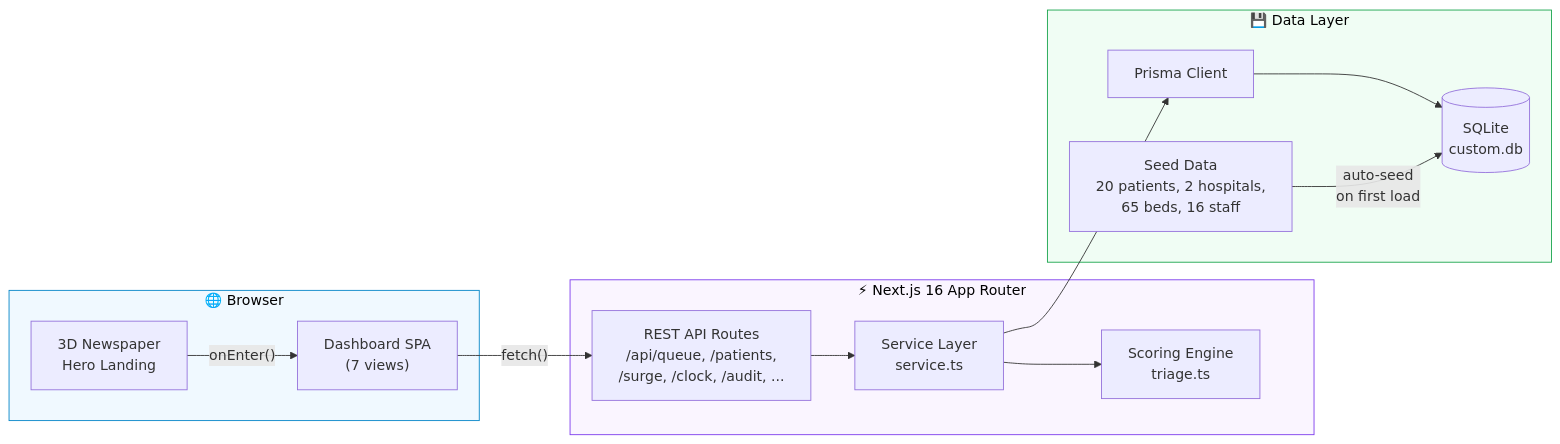
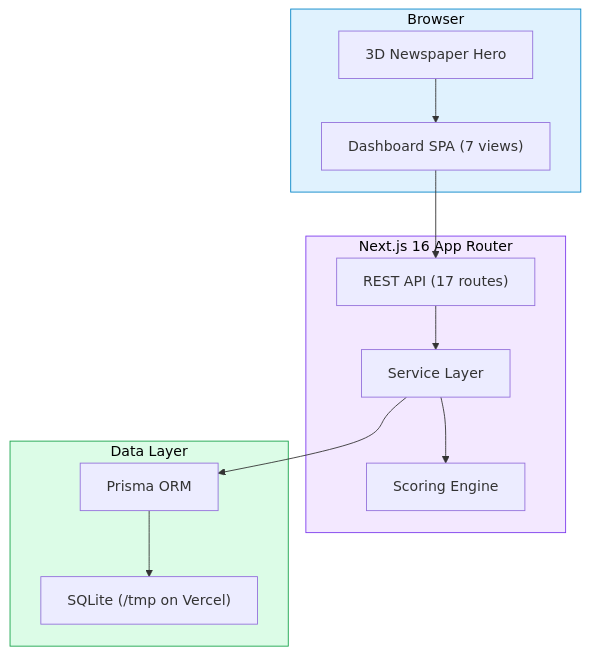
Before and after one commit to HarshvardhanJ/TriageSetu: the first of 3 diagrams in README.md, drawn with Mermaid. The commit also changed other lines of this file, not shown here.

````diff
--- a/README.md
+++ b/README.md
@@ -137,31 +64,29 @@
 ```mermaid
-flowchart LR
-    subgraph Browser["🌐 Browser"]
-        HeroLanding["3D Newspaper<br/>Hero Landing"]
-        Dashboard["Dashboard SPA<br/>(7 views)"]
+flowchart TB
+    subgraph Browser["Browser"]
+        Hero["3D Newspaper Hero"]
+        Dashboard["Dashboard SPA (7 views)"]
     end
 
-    subgraph NextJS["⚡ Next.js 16 App Router"]
-        APIRoutes["REST API Routes<br/>/api/queue, /patients,<br/>/surge, /clock, /audit, ..."]
-        ServiceLayer["Service Layer<br/>service.ts"]
-        ScoringEngine["Scoring Engine<br/>triage.ts"]
+    subgraph NextJS["Next.js 16 App Router"]
+        API["REST API (17 routes)"]
+        Service["Service Layer"]
+        Scoring["Scoring Engine"]
     end
 
-    subgraph Data["💾 Data Layer"]
-        Prisma["Prisma Client"]
-        SQLite[("SQLite<br/>custom.db")]
-        SeedData["Seed Data<br/>20 patients, 2 hospitals,<br/>65 beds, 16 staff"]
+    subgraph Data["Data Layer"]
+        Prisma["Prisma ORM"]
+        SQLite["SQLite (/tmp on Vercel)"]
     end
 
-    HeroLanding -->|"onEnter()"| Dashboard
-    Dashboard -->|"fetch()"| APIRoutes
-    APIRoutes --> ServiceLayer
-    ServiceLayer --> ScoringEngine
-    ServiceLayer --> Prisma
+    Hero --> Dashboard
+    Dashboard --> API
+    API --> Service
+    Service --> Scoring
+    Service --> Prisma
     Prisma --> SQLite
-    SeedData -->|"auto-seed<br/>on first load"| SQLite
 
-    style Browser fill:#f0f9ff,stroke:#0284c7,color:#000
-    style NextJS fill:#faf5ff,stroke:#7c3aed,color:#000
-    style Data fill:#f0fdf4,stroke:#16a34a,color:#000
+    style Browser fill:#e0f2fe,stroke:#0284c7,color:#000
+    style NextJS fill:#f3e8ff,stroke:#7c3aed,color:#000
+    style Data fill:#dcfce7,stroke:#16a34a,color:#000
 ```
````
